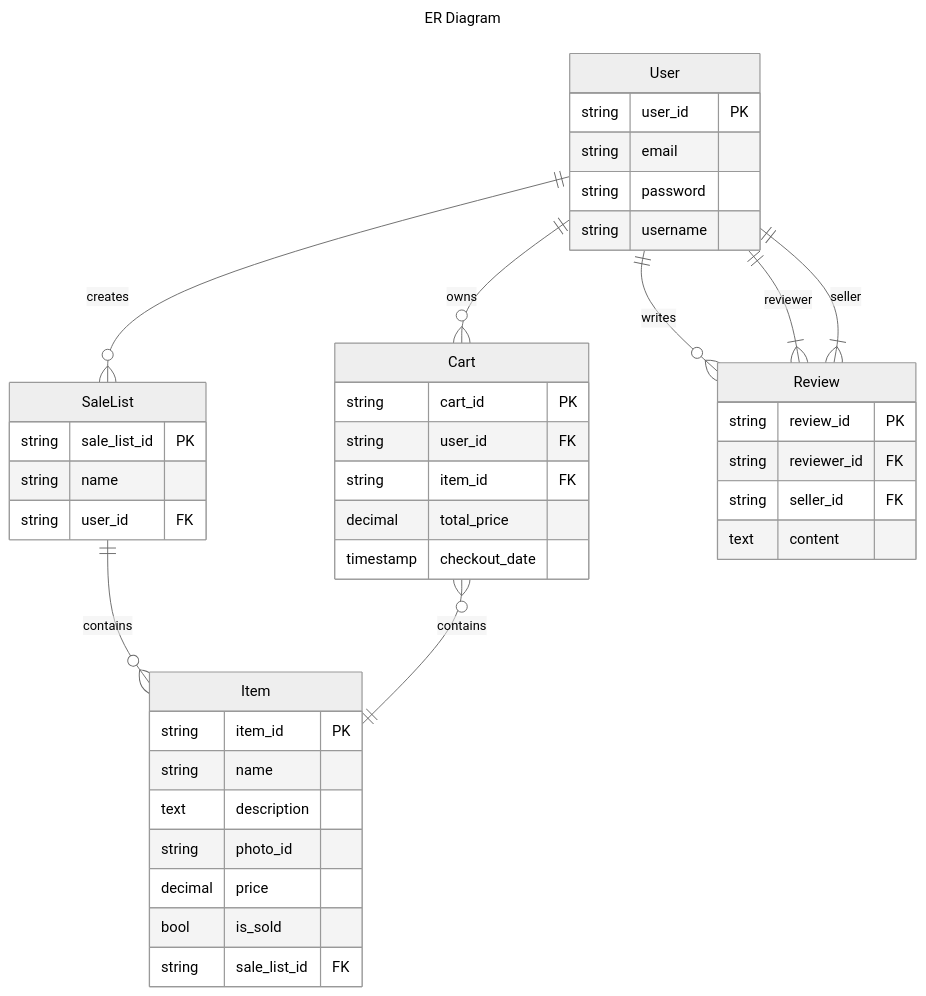
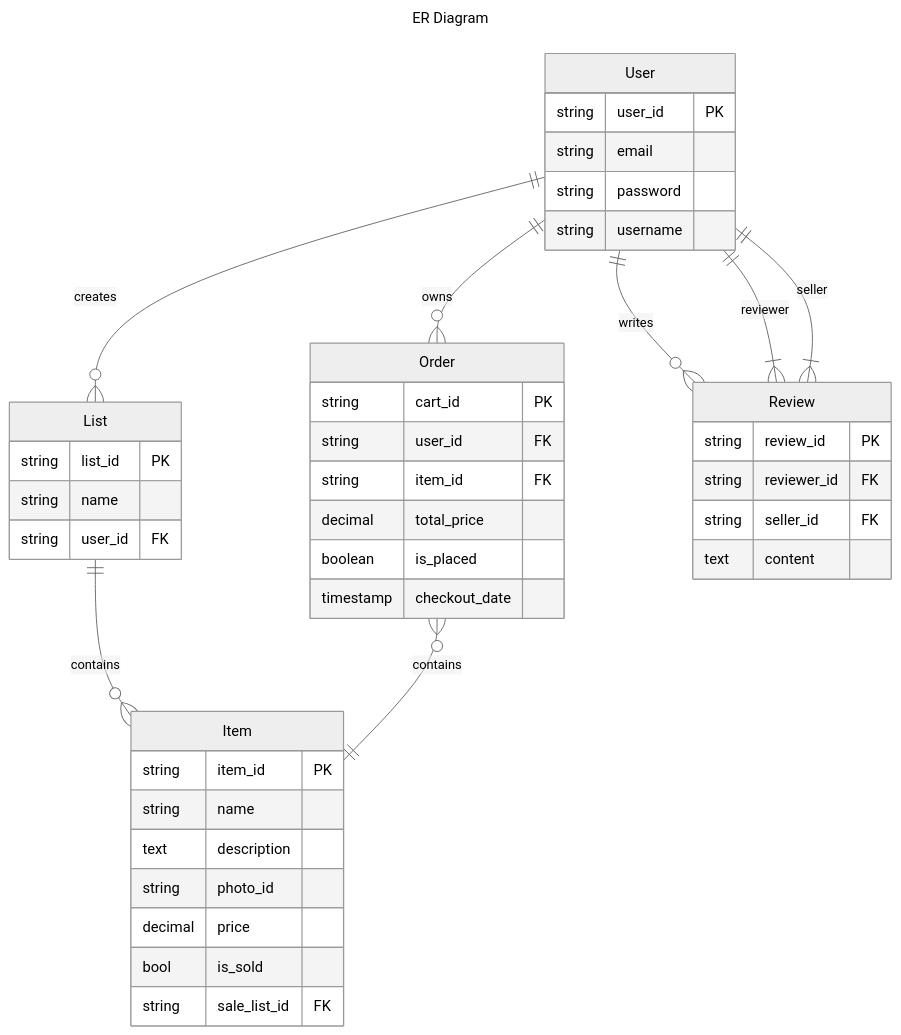
One commit to feix0033/easv.pbsw.dbd.compulsory_assignment_2 changed the diagram in README.md. Above: the diagram before and after it, drawn with Mermaid (neutral theme). The commit also changed other lines of this file, not shown here.

````diff
--- a/README.md
+++ b/README.md
@@ -7,52 +7,53 @@
 ```mermaid
 ---
 title: ER Diagram
 ---
 erDiagram
 
-    User ||--o{ SaleList : "creates"
-    User ||--o{ Cart : "owns"
+    User ||--o{ List : "creates"
+    User ||--o{ Order: "owns"
     User ||--o{ Review : "writes"
-    SaleList ||--o{ Item : "contains"
-    Cart }o--|| Item : "contains"
+    List ||--o{ Item : "contains"
+    Order }o--|| Item : "contains"
     Review }|--|| User : "reviewer"
     Review }|--|| User : "seller"
 
     User {
         string user_id PK
         string email
         string password
         string username
     }
 
-    SaleList {
-        string sale_list_id PK
+    List {
+        string list_id PK
         string name
         string user_id FK
     }
 
     Item {
         string item_id PK
         string name
         text description
         string photo_id
         decimal price
         bool is_sold
         string sale_list_id FK
     }
 
-    Cart {
+    Order {
         string cart_id PK
         string user_id FK
         string item_id FK
         decimal total_price
+        boolean is_placed
         timestamp checkout_date
     }
 
     Review {
         string review_id PK
         string reviewer_id FK
         string seller_id FK
         text content
     }
 ```
````
